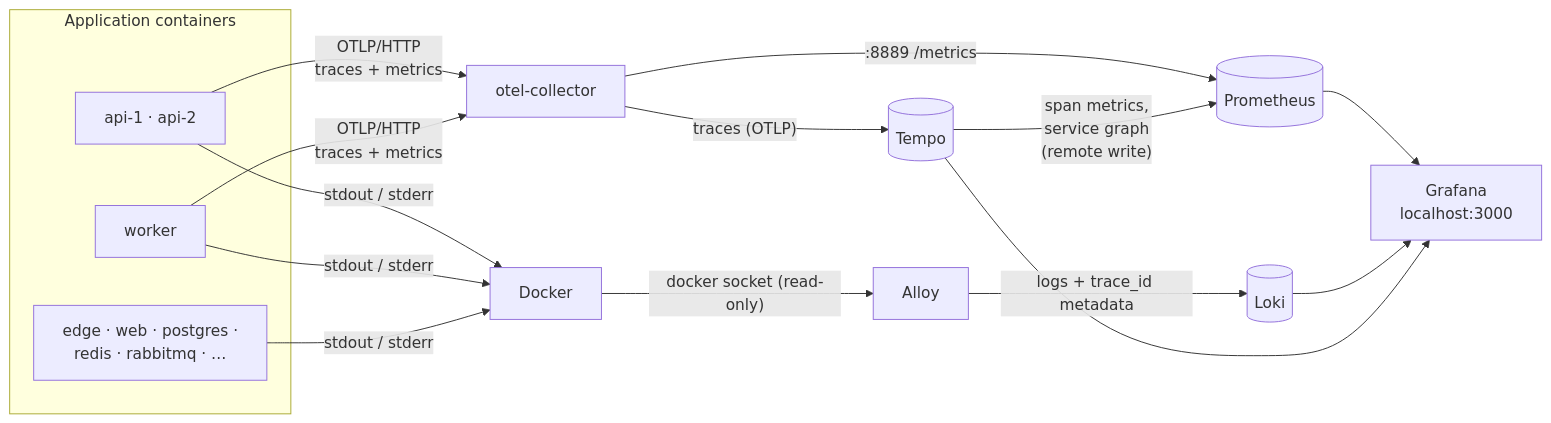
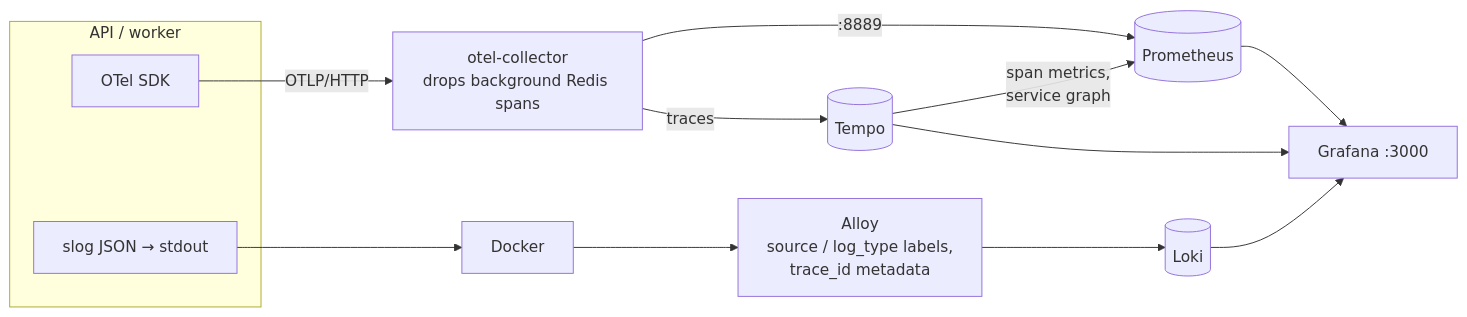
Before and after one commit to Animesh-na/NM-Deploy: the tenth of 10 diagrams in ARCHITECTURE.md, drawn with Mermaid. The commit also changed other lines of this file and 15 other files, not shown here.

````diff
--- a/ARCHITECTURE.md
+++ b/ARCHITECTURE.md
@@ -445,16 +408,13 @@
 ```mermaid
 flowchart LR
-  subgraph app["Application containers"]
-    A["api-1 · api-2"]
-    W["worker"]
-    O["edge · web · postgres ·<br/>redis · rabbitmq · …"]
+  subgraph svc["API / worker"]
+    S1["OTel SDK"]
+    S2["slog JSON → stdout"]
   end
-  A & W -- "OTLP/HTTP<br/>traces + metrics" --> C["otel-collector"]
-  C -- "traces (OTLP)" --> T[("Tempo")]
-  C -- ":8889 /metrics" --> PR[("Prometheus")]
-  T -- "span metrics,<br/>service graph<br/>(remote write)" --> PR
-  A & W & O -- "stdout / stderr" --> D["Docker"]
-  D -- "docker socket (read-only)" --> AL["Alloy"]
-  AL -- "logs + trace_id metadata" --> LK[("Loki")]
-  PR & LK & T --> G["Grafana<br/>localhost:3000"]
+  S1 -- "OTLP/HTTP" --> C["otel-collector<br/>drops background Redis spans"]
+  C -- traces --> T[("Tempo")]
+  C -- ":8889" --> P[("Prometheus")]
+  T -- "span metrics,<br/>service graph" --> P
+  S2 --> D["Docker"] --> A["Alloy<br/>source / log_type labels,<br/>trace_id metadata"] --> L[("Loki")]
+  P & T & L --> G["Grafana :3000"]
 ```
````
